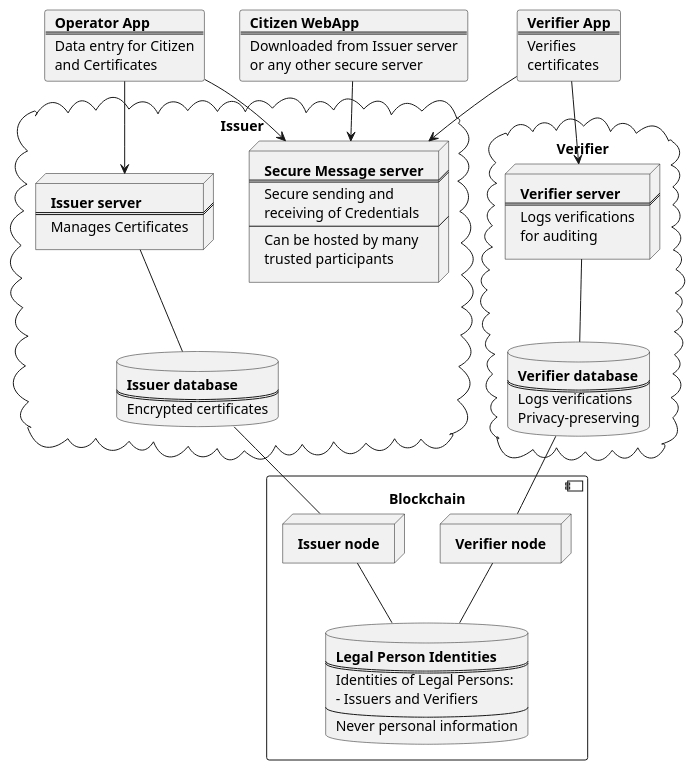
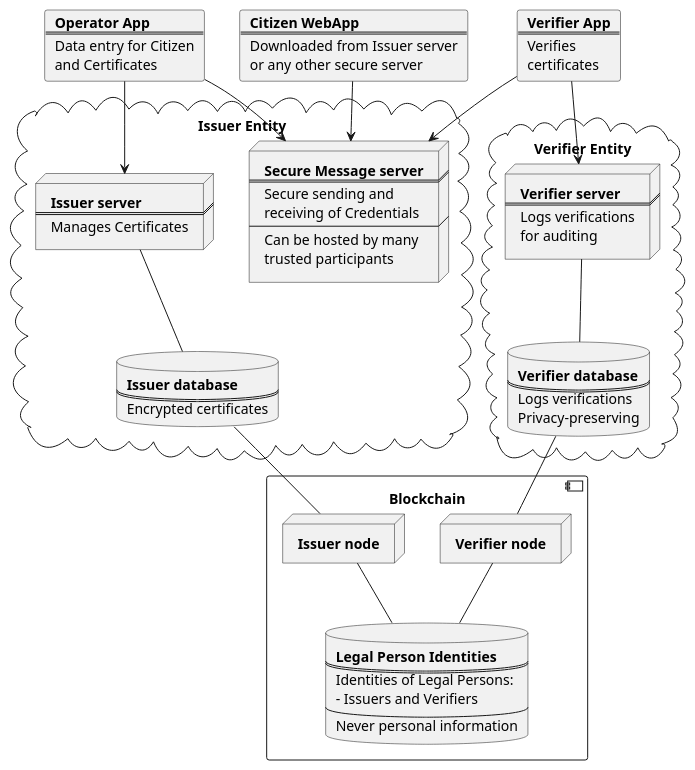
Before and after one commit to kemalbehram/SafeIsland: the diagram in images/SafeIsland_Components.puml, drawn with PlantUML. The commit also changed 1 other file, not shown here.

```diff
--- a/images/SafeIsland_Components.puml
+++ b/images/SafeIsland_Components.puml
@@ -1,105 +1,105 @@
 @startuml SafeIsland_Components
 
 card OperatorApp [
   <b>Operator App
   ====
   Data entry for Citizen
   and Certificates
 ]
 
 card CitizenApp [
   <b>Citizen WebApp
   ====
   Downloaded from Issuer server
   or any other secure server
 ]
 
 card VerifierApp [
   <b>Verifier App
   ====
   Verifies
   certificates
 ]
 
-cloud Issuer {
+cloud "Issuer Entity" {
 
   node SecureMessageServer [
     <b>Secure Message server
     ====
     Secure sending and
     receiving of Credentials
     ---
     Can be hosted by many
     trusted participants
   ]
 
   node IssuerServer [
     <b>Issuer server
     ====
     Manages Certificates
   ]
 
   database IssuerDatabase [
     <b>Issuer database
     ====
     Encrypted certificates
   ]
 
 }
 
-cloud Verifier {
+cloud "Verifier Entity" {
 
   node VerifierServer [
     <b>Verifier server
     ====
     Logs verifications
     for auditing
   ]
 
   database VerifierDatabase [
     <b>Verifier database
     ====
     Logs verifications
     Privacy-preserving
   ]
 
 
 }
 
 component Blockchain {
 
   database Identities [
     <b>Legal Person Identities
     ====
     Identities of Legal Persons:
     - Issuers and Verifiers
     ----
     Never personal information
   ]
 
   node VerifierNode [
     <b>Verifier node
   ]
 
   node IssuerNode [
     <b>Issuer node
   ]
 
 }
 
 OperatorApp --> IssuerServer
 IssuerServer -- IssuerDatabase
 OperatorApp --> SecureMessageServer
 CitizenApp --> SecureMessageServer
 VerifierApp --> SecureMessageServer
 
 VerifierApp --> VerifierServer
 VerifierServer -- VerifierDatabase
 
 IssuerDatabase -- IssuerNode
 VerifierDatabase -- VerifierNode
 
 IssuerNode -- Identities
 VerifierNode -- Identities
 
 @enduml
```
